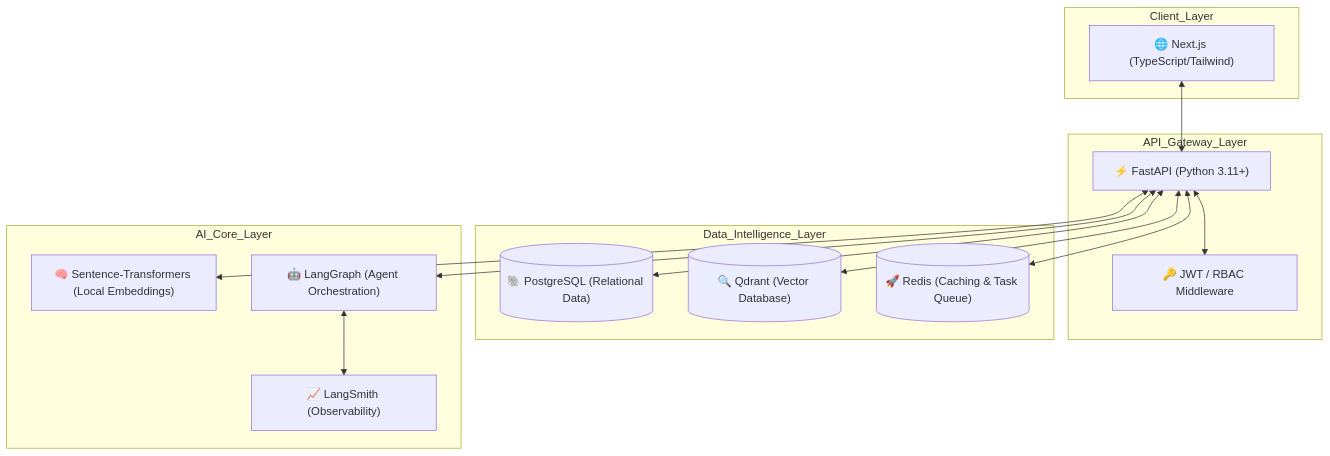
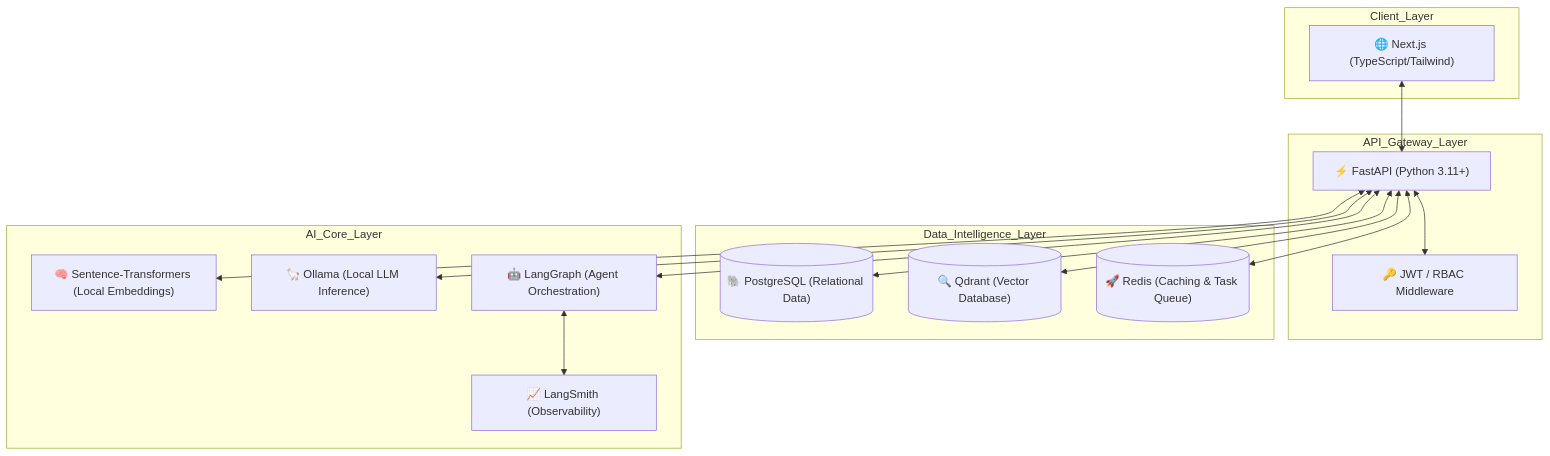
One commit to konradtester/showcase-portfolio changed the diagram in projects/AIJobBoard.md. Above: the diagram before and after it, drawn with Mermaid. The commit also changed other lines of this file, not shown here.

````diff
--- a/projects/AIJobBoard.md
+++ b/projects/AIJobBoard.md
@@ -22,33 +22,35 @@
 ```mermaid
 graph TD
     subgraph Client_Layer
         NextJS["🌐 Next.js (TypeScript/Tailwind)"]
     end
 
     subgraph API_Gateway_Layer
         FastAPI["⚡ FastAPI (Python 3.11+)"]
         Auth["🔑 JWT / RBAC Middleware"]
     end
 
     subgraph Data_Intelligence_Layer
         Postgres[("🐘 PostgreSQL (Relational Data)")]
         Qdrant[("🔍 Qdrant (Vector Database)")]
         Redis[("🚀 Redis (Caching & Task Queue)")]
     end
 
     subgraph AI_Core_Layer
         SentenceTrans["🧠 Sentence-Transformers (Local Embeddings)"]
+        Ollama["🦙 Ollama (Local LLM Inference)"]
         LangGraph["🤖 LangGraph (Agent Orchestration)"]
         LangSmith["📈 LangSmith (Observability)"]
     end
 
     %% Connections
     NextJS <--> FastAPI
     FastAPI <--> Auth
     FastAPI <--> Postgres
     FastAPI <--> Redis
     FastAPI <--> Qdrant
     FastAPI <--> SentenceTrans
+    FastAPI <--> Ollama
     FastAPI <--> LangGraph
     LangGraph <--> LangSmith
 ```
````
